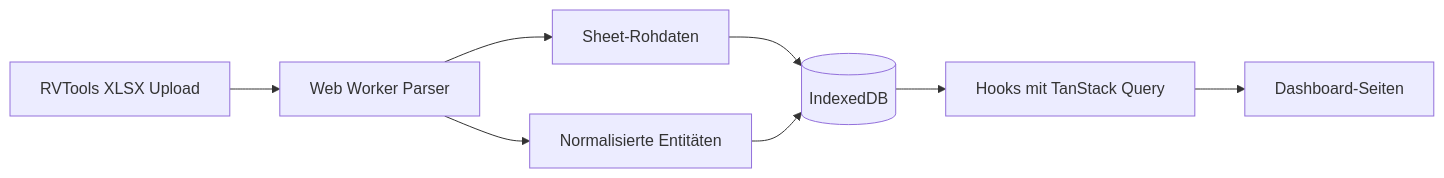
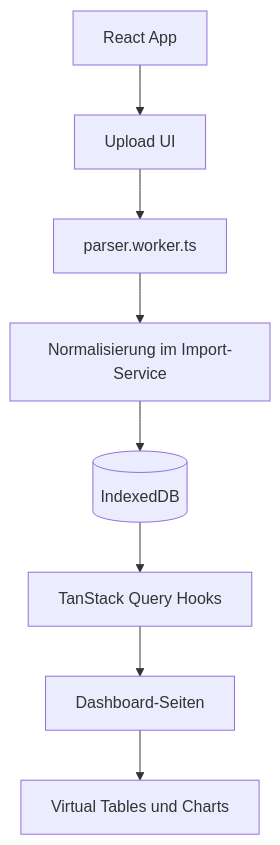
Before and after one commit to spiral023/rvtools-analyzer: the second of 2 diagrams in README.md, drawn with Mermaid. The commit also changed other lines of this file, not shown here.

````diff
--- a/README.md
+++ b/README.md
@@ -149,10 +163,10 @@
 ```mermaid
-flowchart LR
-  A[RVTools XLSX Upload] --> B[Web Worker Parser]
-  B --> C[Sheet-Rohdaten]
-  B --> D[Normalisierte Entitäten]
-  C --> E[(IndexedDB)]
+flowchart TB
+  A[React App] --> B[Upload UI]
+  B --> C[parser.worker.ts]
+  C --> D[Normalisierung im Import-Service]
   D --> E[(IndexedDB)]
-  E --> F[Hooks mit TanStack Query]
+  E --> F[TanStack Query Hooks]
   F --> G[Dashboard-Seiten]
+  G --> H[Virtual Tables und Charts]
 ```
````
